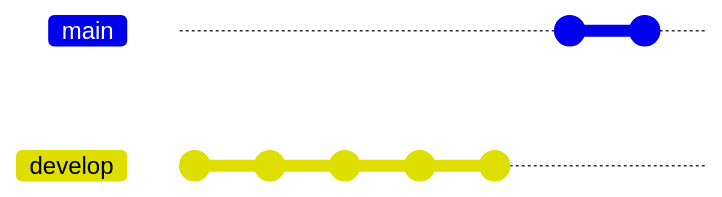
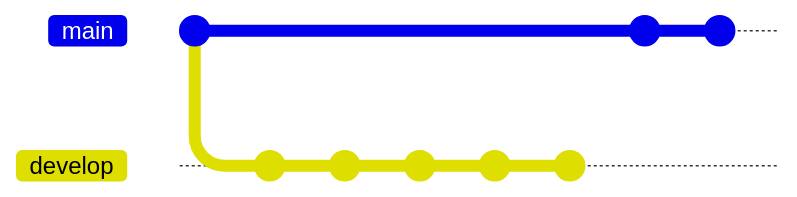
The second of 2 diagrams in README.md (TheRadDani/sql_etls), drawn with Mermaid before and after one commit. Commit ids are hidden.

````diff
--- a/README.md
+++ b/README.md
@@ -8,13 +8,14 @@
 ```mermaid
 gitGraph
+        commit
        branch develop
        commit
        commit
       
        commit
        commit
        commit
        checkout main
        commit
        commit
 ```
````
